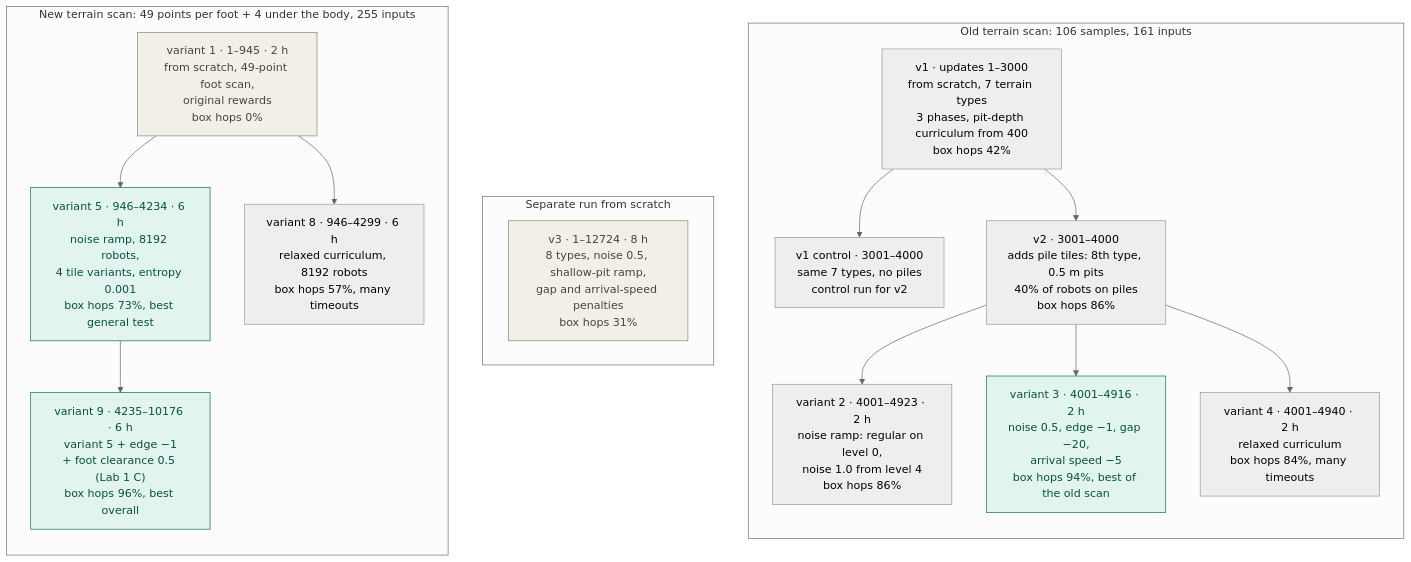
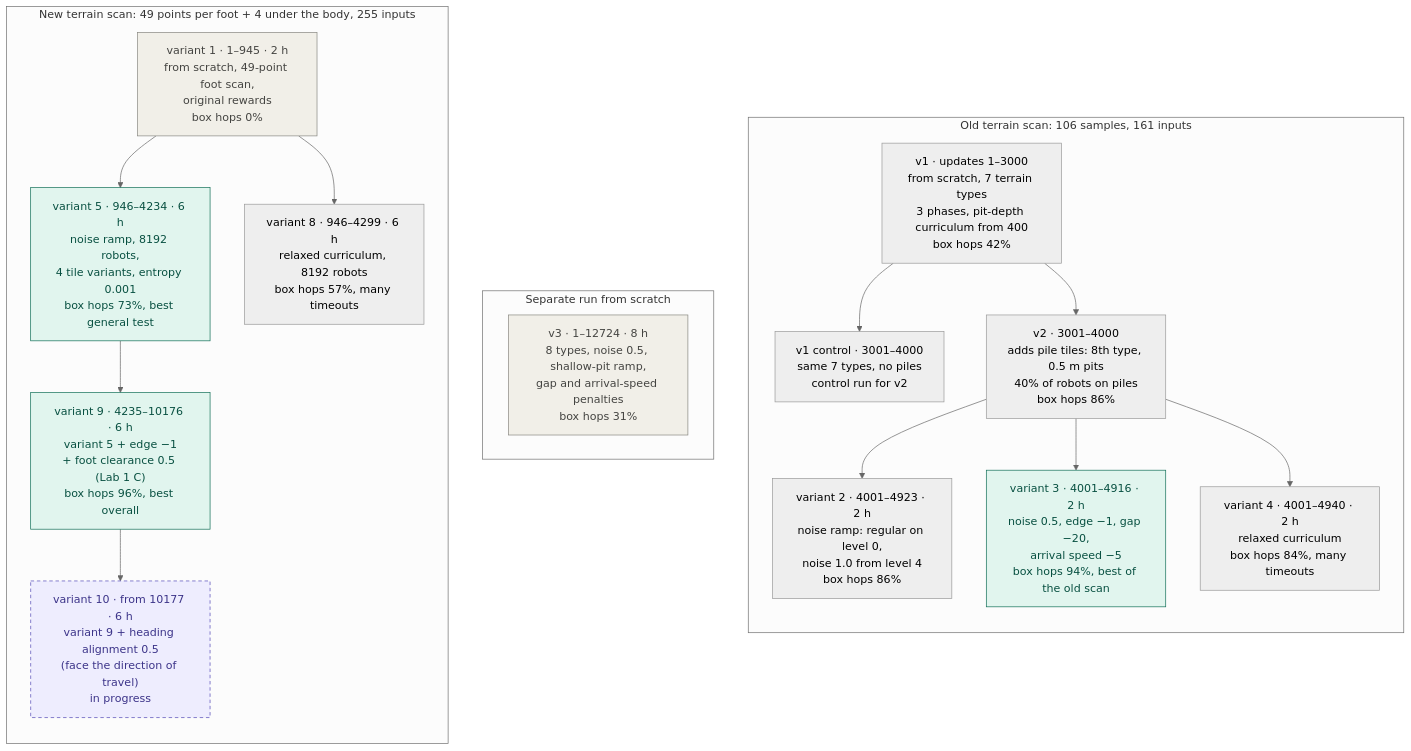
The diagram in docs/TRAINING_VARIANTS.md (TanmayKumar-EngStud/quadrupedal-locomotion-with-local-perception-), drawn with Mermaid (neutral theme) before and after one commit. The commit also changed other lines of this file and 5 other files, not shown here.

First line of the commit message:
Add a heading-alignment reward and the variant 10 config

````diff
--- a/docs/TRAINING_VARIANTS.md
+++ b/docs/TRAINING_VARIANTS.md
@@ -654,34 +689,38 @@
 ```mermaid
 flowchart TD
   subgraph OLD["Old terrain scan: 106 samples, 161 inputs"]
     direction TB
     V1["v1 · updates 1–3000<br/>from scratch, 7 terrain types<br/>3 phases, pit-depth curriculum from 400<br/>box hops 42%"]
     V1C["v1 control · 3001–4000<br/>same 7 types, no piles<br/>control run for v2"]
     V2["v2 · 3001–4000<br/>adds pile tiles: 8th type, 0.5 m pits<br/>40% of robots on piles<br/>box hops 86%"]
     VA2["variant 2 · 4001–4923 · 2 h<br/>noise ramp: regular on level 0,<br/>noise 1.0 from level 4<br/>box hops 86%"]
     VA3["variant 3 · 4001–4916 · 2 h<br/>noise 0.5, edge −1, gap −20,<br/>arrival speed −5<br/>box hops 94%, best of the old scan"]
     VA4["variant 4 · 4001–4940 · 2 h<br/>relaxed curriculum<br/>box hops 84%, many timeouts"]
     V1 --> V1C
     V1 --> V2
     V2 --> VA2
     V2 --> VA3
     V2 --> VA4
   end
   subgraph SCRATCH["Separate run from scratch"]
     V3["v3 · 1–12724 · 8 h<br/>8 types, noise 0.5, shallow-pit ramp,<br/>gap and arrival-speed penalties<br/>box hops 31%"]
   end
   subgraph NEW["New terrain scan: 49 points per foot + 4 under the body, 255 inputs"]
     direction TB
     VA1["variant 1 · 1–945 · 2 h<br/>from scratch, 49-point foot scan,<br/>original rewards<br/>box hops 0%"]
     VA5["variant 5 · 946–4234 · 6 h<br/>noise ramp, 8192 robots,<br/>4 tile variants, entropy 0.001<br/>box hops 73%, best general test"]
     VA8["variant 8 · 946–4299 · 6 h<br/>relaxed curriculum, 8192 robots<br/>box hops 57%, many timeouts"]
     VA9["variant 9 · 4235–10176 · 6 h<br/>variant 5 + edge −1<br/>+ foot clearance 0.5 (Lab 1 C)<br/>box hops 96%, best overall"]
+    VA10["variant 10 · from 10177 · 6 h<br/>variant 9 + heading alignment 0.5<br/>(face the direction of travel)<br/>in progress"]
     VA1 --> VA5
     VA1 --> VA8
     VA5 --> VA9
+    VA9 --> VA10
   end
   classDef best fill:#E1F5EE,stroke:#0F6E56,color:#085041
   classDef weak fill:#F1EFE8,stroke:#888780,color:#444441
+  classDef running fill:#EEEDFE,stroke:#534AB7,color:#3C3489,stroke-dasharray:5 4
   class VA3,VA5,VA9 best
   class V3,VA1 weak
+  class VA10 running
 ```
````
